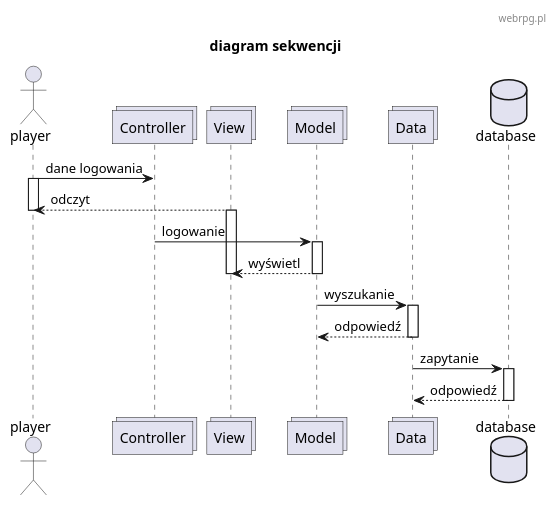
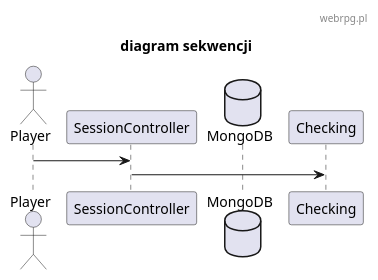
One commit to TheVivent-Politechnika-Lodzka/io_webrpg changed the diagram in diagrams/diagram_sekwencji.plantuml. Above: the diagram before and after it, drawn with PlantUML. The commit also changed 1 other file, not shown here.

Commit message:
diagram komponentów porobiony(?)

```diff
--- a/diagrams/diagram_sekwencji.plantuml
+++ b/diagrams/diagram_sekwencji.plantuml
@@ -1,35 +1,81 @@
 @startuml
 header webrpg.pl
 title "diagram sekwencji"
 
-actor player
-collections Controller
-collections View 
-collections Model
-collections Data
-database database as db
+actor Player
+participant SessionController
+database MongoDB as db
+
+
+Player -> SessionController
+SessionController -> Checking
+
+
+
+
+
+
+' participant Controller
+' participant View 
+' participant Model
+' participant Data
+' database database as db
 
 'czy view komunikuje się z kontrolerem, czy player
-player -> Controller : dane logowania
-activate player
-View --> player : odczyt
-deactivate player
-activate View
+' player -> Controller : dane logowania
+' activate player
+' View --> player : odczyt
+' deactivate player
+' activate View
 
-Controller -> Model : logowanie
-activate Model
-Model --> View : wyświetl
-deactivate Model
-deactivate View
+' Controller -> Model : logowanie
+' activate Model
+' Model --> View : wyświetl
+' deactivate Model
+' deactivate View
 
-Model -> Data :  wyszukanie
-activate Data
-Data --> Model : odpowiedź
-deactivate Data
+' Model -> Data :  wyszukanie
+' activate Data
+' Data --> Model : odpowiedź
+' deactivate Data
 
-Data -> db : zapytanie
-activate db
-db --> Data : odpowiedź
-deactivate db
+' Data -> db : zapytanie
+' activate db
+' db --> Data : odpowiedź
+' deactivate db
+
+
+
+
+
+' player -> Controller : dane logowania
+' activate player
+' activate Controller
+
+' Controller -> Model : logowanie
+' deactivate Controller
+' activate Model
+
+' Model -> Data :  wyszukanie
+' activate Data
+
+' Data -> db : zapytanie
+' activate db
+' db --> Data : odpowiedź
+' deactivate db
+
+' Data --> Model : odpowiedź
+' deactivate Data
+
+' Model --> View : wyświetl
+' deactivate Model
+' activate View
+
+' View --> player : odczyt
+' deactivate View
+' deactivate player
+
+
+
 
 @enduml
```
